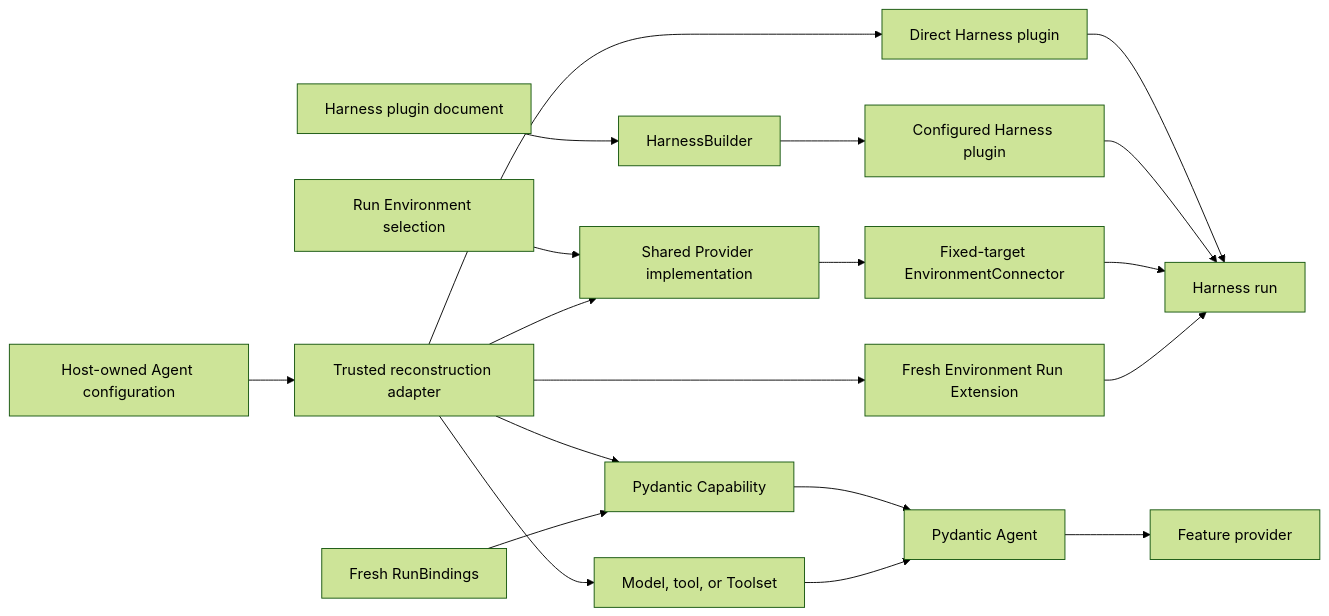
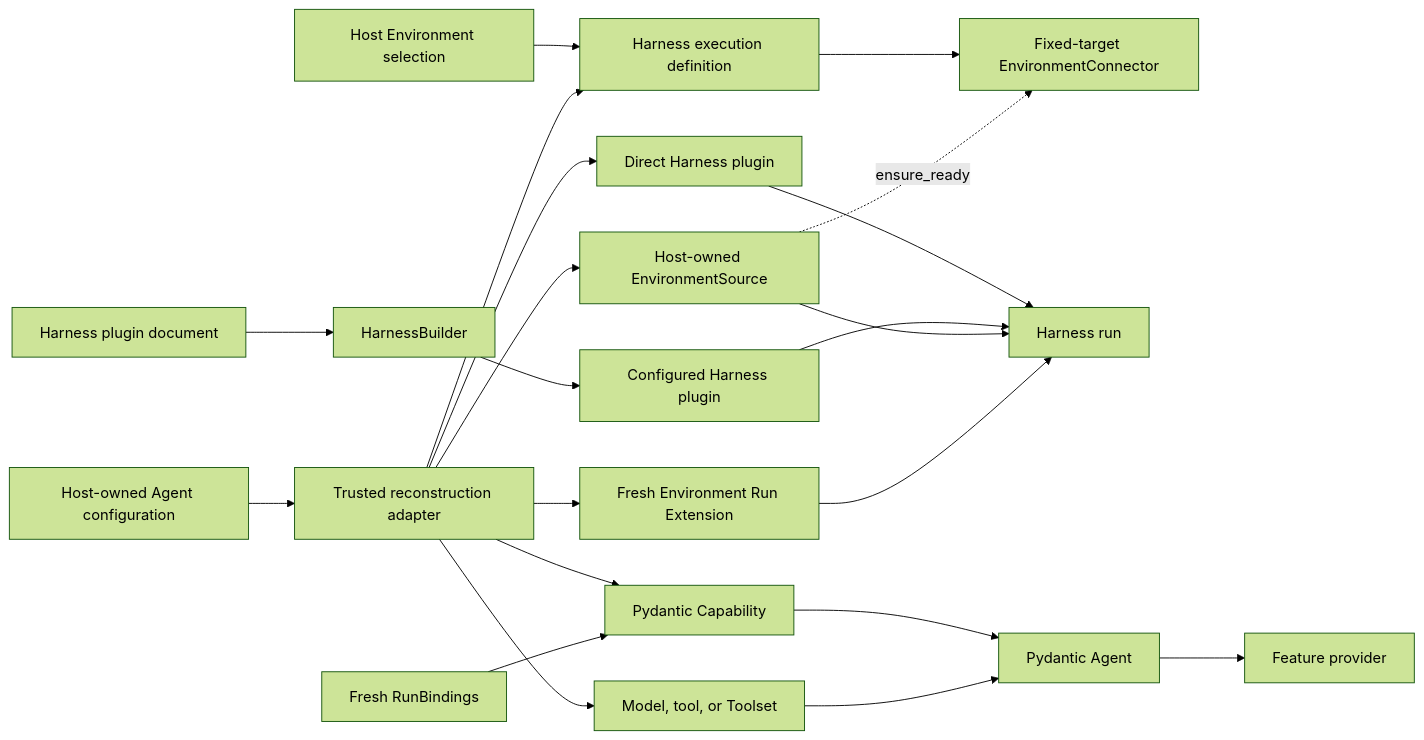
The second of 3 diagrams in spec/README.md (converge-ai-labs/agent-foundation), drawn with Mermaid (forest theme) before and after one commit. The commit also changed other lines of this file and 25 other files, not shown here.

Commit message:
Clarify Environment execution and management ownership

````diff
--- a/spec/README.md
+++ b/spec/README.md
@@ -237,18 +236,20 @@
 ```mermaid
 flowchart LR
     HostConfig[Host-owned Agent configuration] --> Adapter[Trusted reconstruction adapter]
     Adapter --> DirectPlugin[Direct Harness plugin]
     PluginConfig[Harness plugin document] --> Builder[HarnessBuilder]
     Builder --> ConfiguredPlugin[Configured Harness plugin]
     Adapter --> Capability[Pydantic Capability]
     Adapter --> Native[Model, tool, or Toolset]
     RunAuthority[Fresh RunBindings] --> Capability
-    Selection[Run Environment selection] --> EnvProvider[Shared Provider implementation]
+    Selection[Host Environment selection] --> EnvProvider[Harness execution definition]
     Adapter --> EnvProvider
-    EnvProvider --> Environment[Fixed-target EnvironmentConnector]
+    EnvProvider --> EnvConnector[Fixed-target EnvironmentConnector]
+    Adapter --> Environment[Host-owned EnvironmentSource]
+    Environment -. ensure_ready .-> EnvConnector
     Adapter --> RunExtension[Fresh Environment Run Extension]
     DirectPlugin & ConfiguredPlugin --> Harness[Harness run]
     Capability & Native --> Agent[Pydantic Agent]
     Environment & RunExtension --> Harness
     Agent --> Provider[Feature provider]
 ```
````
